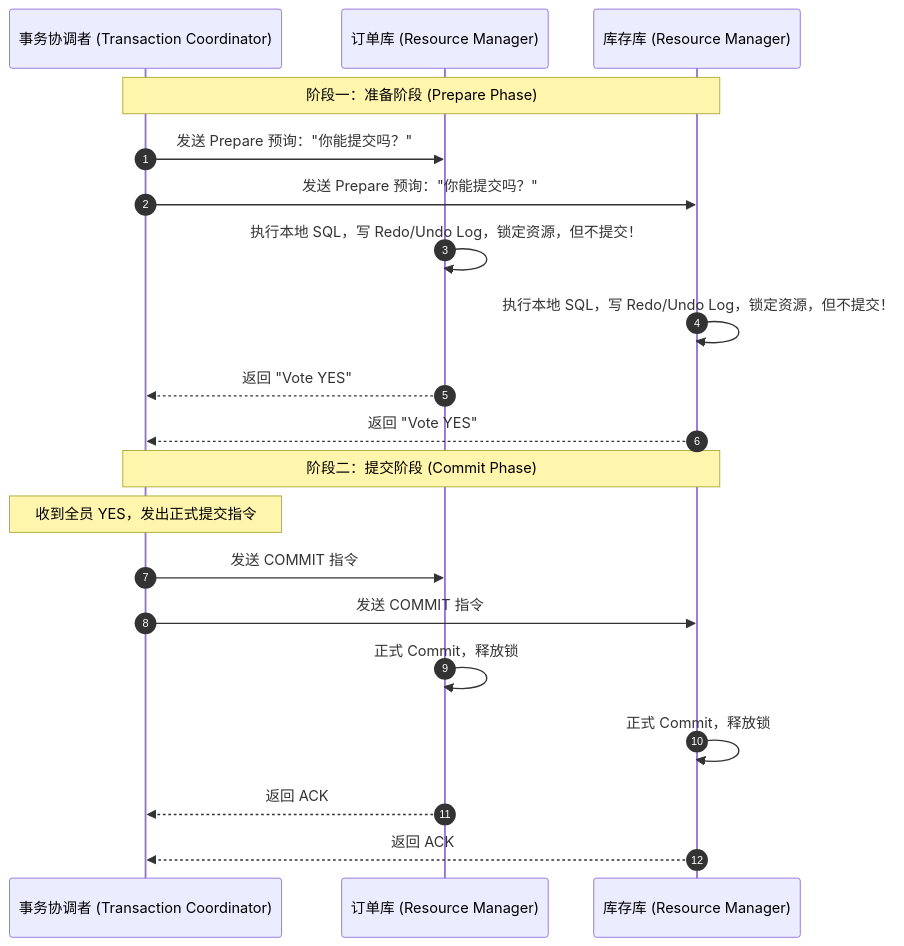
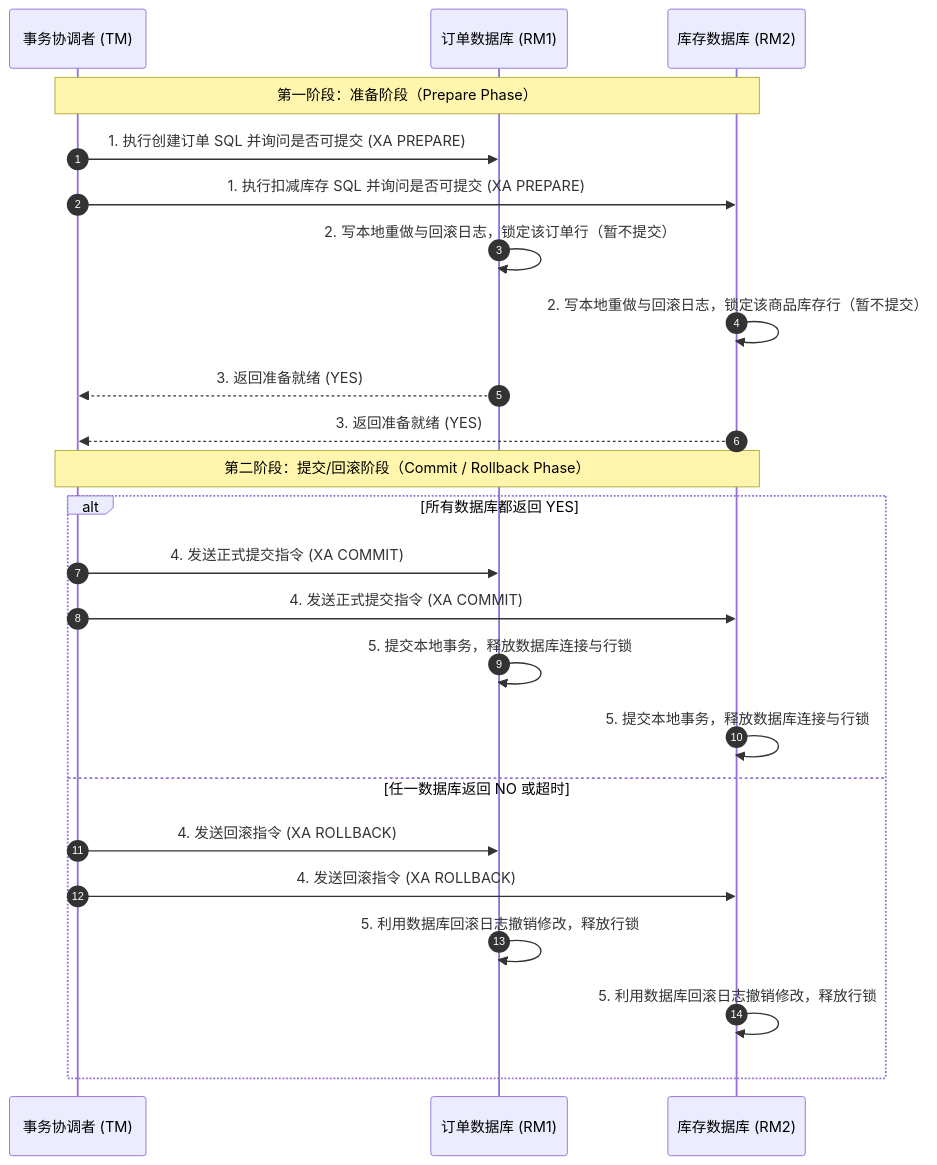
One commit to GuoWWWX/knowledge-base changed the first of 5 diagrams in 20-Java后端/07-分布式与微服务/03-分布式事务-2PC-TCC-Saga.md. Above: the diagram before and after it, drawn with Mermaid. The commit also changed other lines of this file and 251 other files, not shown here.

````diff
--- a/20-Java后端/07-分布式与微服务/03-分布式事务-2PC-TCC-Saga.md
+++ b/20-Java后端/07-分布式与微服务/03-分布式事务-2PC-TCC-Saga.md
@@ -42,24 +38,28 @@
 ```mermaid
 sequenceDiagram
     autonumber
-    participant TM as 事务协调者 (Transaction Coordinator)
-    participant RM1 as 订单库 (Resource Manager)
-    participant RM2 as 库存库 (Resource Manager)
+    participant TM as 事务协调者 (TM)
+    participant OrderDB as 订单数据库 (RM1)
+    participant StockDB as 库存数据库 (RM2)
 
-    Note over TM,RM2: 阶段一：准备阶段 (Prepare Phase)
-    TM->>RM1: 发送 Prepare 预询："你能提交吗？"
-    TM->>RM2: 发送 Prepare 预询："你能提交吗？"
-    RM1->>RM1: 执行本地 SQL，写 Redo/Undo Log，锁定资源，但不提交！
-    RM2->>RM2: 执行本地 SQL，写 Redo/Undo Log，锁定资源，但不提交！
-    RM1-->>TM: 返回 "Vote YES"
-    RM2-->>TM: 返回 "Vote YES"
+    Note over TM,StockDB: 第一阶段：准备阶段（Prepare Phase）
+    TM->>OrderDB: 1. 执行创建订单 SQL 并询问是否可提交 (XA PREPARE)
+    TM->>StockDB: 1. 执行扣减库存 SQL 并询问是否可提交 (XA PREPARE)
+    OrderDB->>OrderDB: 2. 写本地重做与回滚日志，锁定该订单行（暂不提交）
+    StockDB->>StockDB: 2. 写本地重做与回滚日志，锁定该商品库存行（暂不提交）
+    OrderDB-->>TM: 3. 返回准备就绪 (YES)
+    StockDB-->>TM: 3. 返回准备就绪 (YES)
 
-    Note over TM,RM2: 阶段二：提交阶段 (Commit Phase)
-    Note over TM: 收到全员 YES，发出正式提交指令
-    TM->>RM1: 发送 COMMIT 指令
-    TM->>RM2: 发送 COMMIT 指令
-    RM1->>RM1: 正式 Commit，释放锁
-    RM2->>RM2: 正式 Commit，释放锁
-    RM1-->>TM: 返回 ACK
-    RM2-->>TM: 返回 ACK
+    Note over TM,StockDB: 第二阶段：提交/回滚阶段（Commit / Rollback Phase）
+    alt 所有数据库都返回 YES
+        TM->>OrderDB: 4. 发送正式提交指令 (XA COMMIT)
+        TM->>StockDB: 4. 发送正式提交指令 (XA COMMIT)
+        OrderDB->>OrderDB: 5. 提交本地事务，释放数据库连接与行锁
+        StockDB->>StockDB: 5. 提交本地事务，释放数据库连接与行锁
+    else 任一数据库返回 NO 或超时
+        TM->>OrderDB: 4. 发送回滚指令 (XA ROLLBACK)
+        TM->>StockDB: 4. 发送回滚指令 (XA ROLLBACK)
+        OrderDB->>OrderDB: 5. 利用数据库回滚日志撤销修改，释放行锁
+        StockDB->>StockDB: 5. 利用数据库回滚日志撤销修改，释放行锁
+    end
 ```
````
